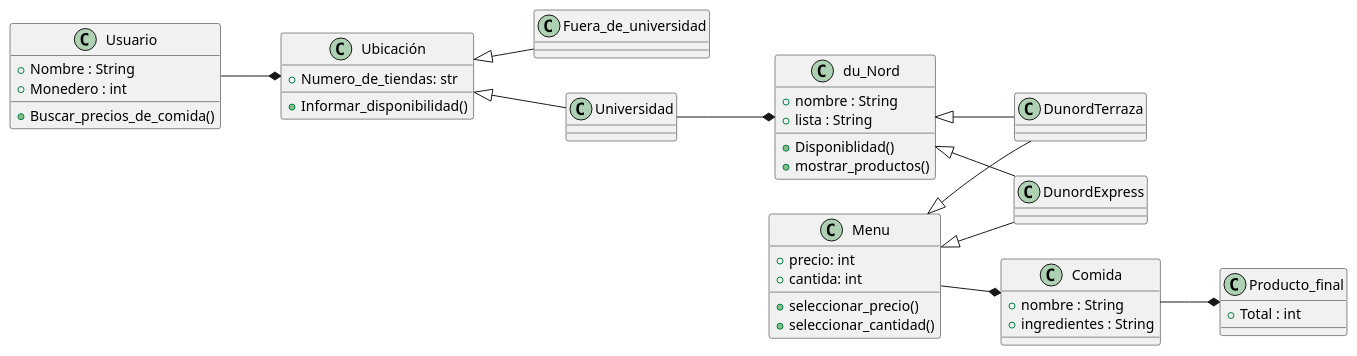
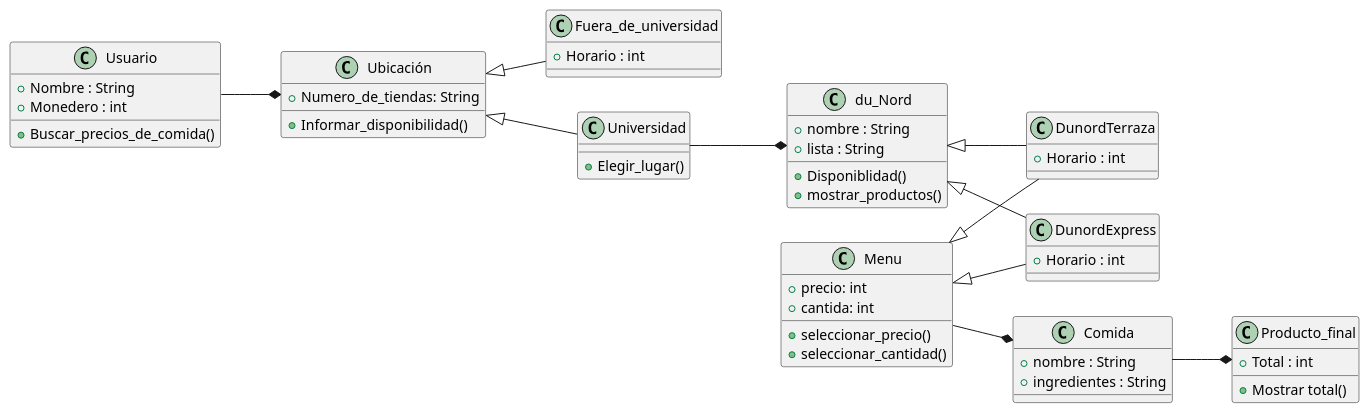
The diagram in uml_Ufind.puml (Lacuellar/Ufind-), drawn with PlantUML before and after one commit.

```diff
--- a/uml_Ufind.puml
+++ b/uml_Ufind.puml
@@ -1,69 +1,71 @@
 @startuml
 left to right direction
 
 class Usuario {
   +Nombre : String
   +Monedero : int
   +Buscar_precios_de_comida()
 }
 
 Class Ubicación {
-    +Numero_de_tiendas: str
+    +Numero_de_tiendas: String
     +Informar_disponibilidad()
 }
 
 class Fuera_de_universidad{
-
+     +Horario : int
 
 }
 
 Class Universidad{
-
+     +Elegir_lugar()
 }
 
 
 class du_Nord {
    +nombre : String
    +lista : String
    +Disponiblidad()
    +mostrar_productos()
 }
 
 Class DunordExpress{
-
+     +Horario : int
 }
 
 Class DunordTerraza{
+     +Horario : int
 
 }
 class Menu {
    
    +precio: int
    +cantida: int
    +seleccionar_precio()
    +seleccionar_cantidad()
 }
 
 class Comida {
    +nombre : String
    +ingredientes : String
 
 }
 
 Class Producto_final{
    +Total : int
+   +Mostrar total()
 }
 
 Usuario --* Ubicación
 Ubicación <|-- Universidad
 Ubicación <|-- Fuera_de_universidad
 Universidad --* du_Nord
 du_Nord <|-- DunordExpress
 du_Nord <|-- DunordTerraza
 Menu <|-- DunordExpress
 Menu <|-- DunordTerraza
 Menu --* Comida
 Comida --* Producto_final
 
 
 @enduml
```
